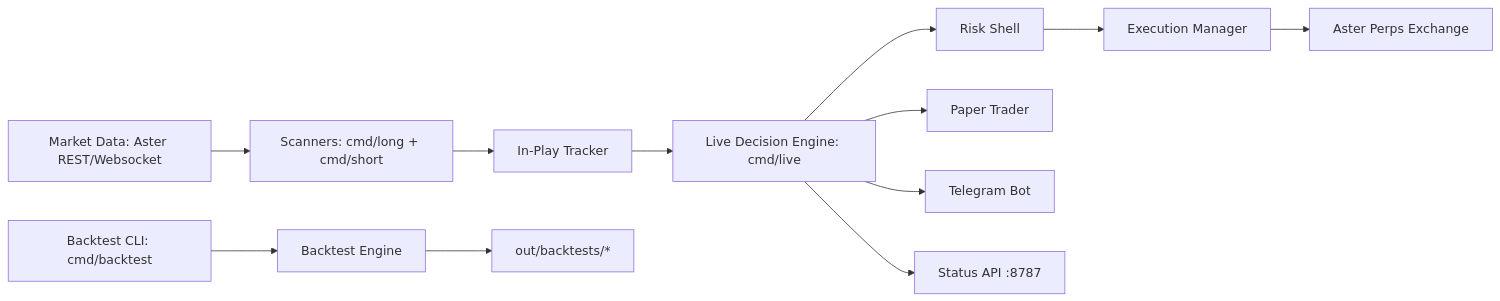
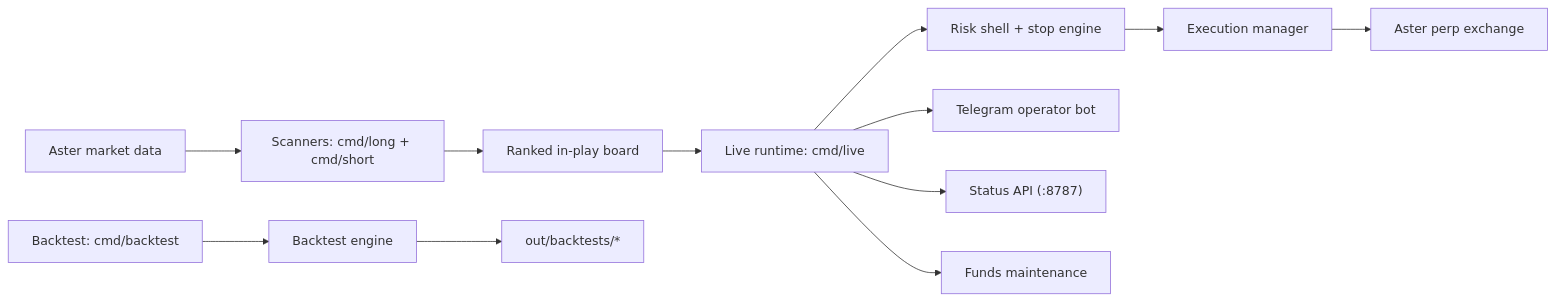
The diagram in docs/gitbook/architecture/overview.md (SpaceCadetOG/ASTER), drawn with Mermaid before and after one commit. The commit also changed other lines of this file and 5 other files, not shown here.

Commit message:
Update GitBook for live runtime

````diff
--- a/docs/gitbook/architecture/overview.md
+++ b/docs/gitbook/architecture/overview.md
@@ -5,14 +5,14 @@
 ```mermaid
 flowchart LR
-  A[Market Data: Aster REST/Websocket] --> B[Scanners: cmd/long + cmd/short]
-  B --> C[In-Play Tracker]
-  C --> D[Live Decision Engine: cmd/live]
-  D --> E[Risk Shell]
-  E --> F[Execution Manager]
-  F --> G[Aster Perps Exchange]
-  D --> H[Paper Trader]
-  D --> I[Telegram Bot]
-  D --> J[Status API :8787]
-  K[Backtest CLI: cmd/backtest] --> L[Backtest Engine]
-  L --> M[out/backtests/*]
+  A["Aster market data"] --> B["Scanners: cmd/long + cmd/short"]
+  B --> C["Ranked in-play board"]
+  C --> D["Live runtime: cmd/live"]
+  D --> E["Risk shell + stop engine"]
+  E --> F["Execution manager"]
+  F --> G["Aster perp exchange"]
+  D --> H["Telegram operator bot"]
+  D --> I["Status API (:8787)"]
+  D --> J["Funds maintenance"]
+  K["Backtest: cmd/backtest"] --> L["Backtest engine"]
+  L --> M["out/backtests/*"]
 ```
````
